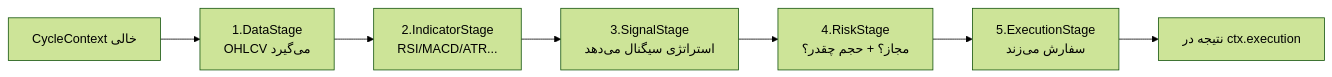
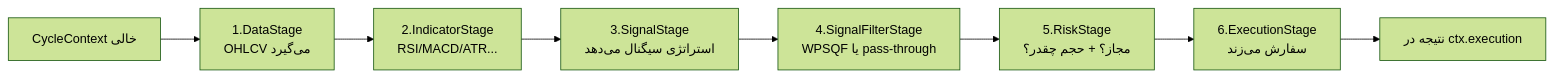
The second of 2 diagrams in docs/ONBOARDING_FA.md (arasto007/trading-bot), drawn with Mermaid (forest theme) before and after one commit. The commit also changed other lines of this file and 171 other files, not shown here.

````diff
--- a/docs/ONBOARDING_FA.md
+++ b/docs/ONBOARDING_FA.md
@@ -313,9 +317,10 @@
 ```mermaid
 flowchart LR
     A[CycleContext خالی] --> S1
     S1[1.DataStage<br/>OHLCV می‌گیرد] --> S2[2.IndicatorStage<br/>RSI/MACD/ATR...] 
     S2 --> S3[3.SignalStage<br/>استراتژی سیگنال می‌دهد]
-    S3 --> S4[4.RiskStage<br/>مجاز؟ + حجم چقدر؟]
-    S4 --> S5[5.ExecutionStage<br/>سفارش می‌زند]
+    S3 --> S3b[4.SignalFilterStage<br/>WPSQF یا pass-through]
+    S3b --> S4[5.RiskStage<br/>مجاز؟ + حجم چقدر؟]
+    S4 --> S5[6.ExecutionStage<br/>سفارش می‌زند]
     S5 --> R[نتیجه در ctx.execution]
 ```
````
